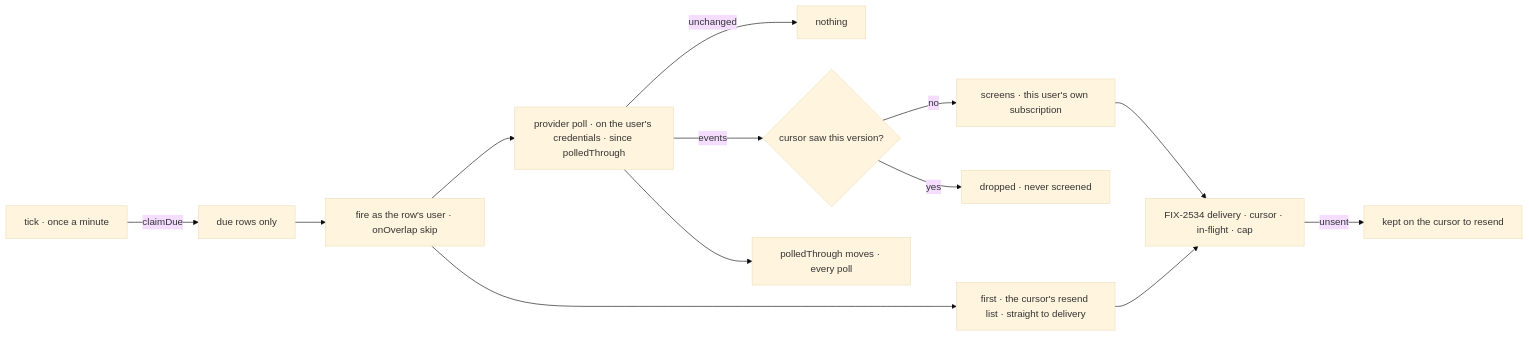
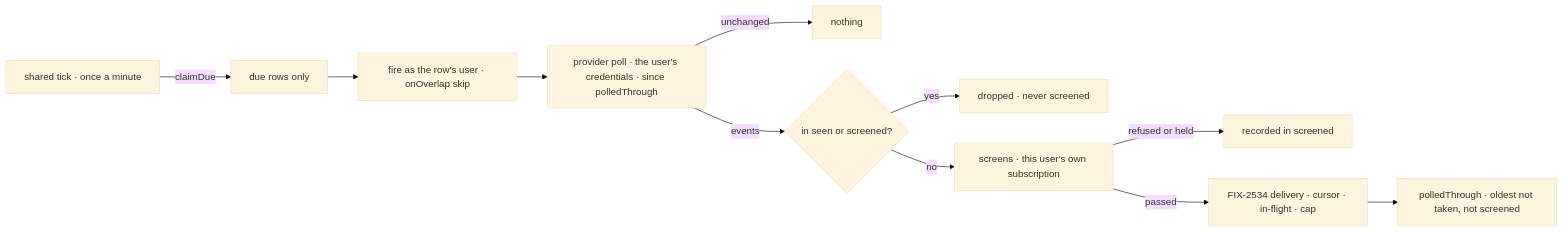
The second of 2 diagrams in specs/issues/FIX-2536/SPEC.md (fixpoint-labs/flow-state-dev), drawn with Mermaid (base theme) before and after one commit. The commit also changed other lines of this file and 3 other files, not shown here.

First line of the commit message:
spec(FIX-2536): fold review — held mark + screened, one shared tick

````diff
--- a/specs/issues/FIX-2536/SPEC.md
+++ b/specs/issues/FIX-2536/SPEC.md
@@ -88,15 +84,13 @@
 ```mermaid
 flowchart LR
-  T["tick · once a minute"] -->|"claimDue"| R["due rows only"]
+  T["shared tick · once a minute"] -->|"claimDue"| R["due rows only"]
   R --> F["fire as the row's user · onOverlap skip"]
-  F --> W["first · the cursor's resend list · straight to delivery"]
-  F --> P["provider poll · on the user's credentials · since polledThrough"]
+  F --> P["provider poll · the user's credentials · since polledThrough"]
   P -->|"unchanged"| Z["nothing"]
-  P -->|"events"| Q{"cursor saw this version?"}
+  P -->|"events"| Q{"in seen or screened?"}
   Q -->|"yes"| Y["dropped · never screened"]
   Q -->|"no"| C["screens · this user's own subscription"]
-  C --> D["FIX-2534 delivery · cursor · in-flight · cap"]
-  W --> D
-  D -->|"unsent"| K["kept on the cursor to resend"]
-  P --> M["polledThrough moves · every poll"]
+  C -->|"refused or held"| SC["recorded in screened"]
+  C -->|"passed"| D["FIX-2534 delivery · cursor · in-flight · cap"]
+  D --> M["polledThrough · oldest not taken, not screened"]
 ```
````
